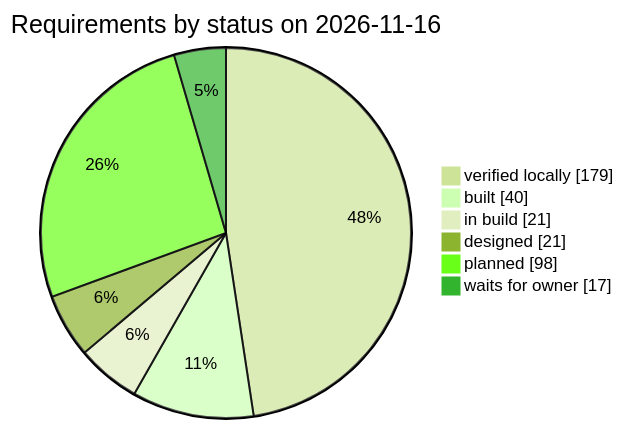
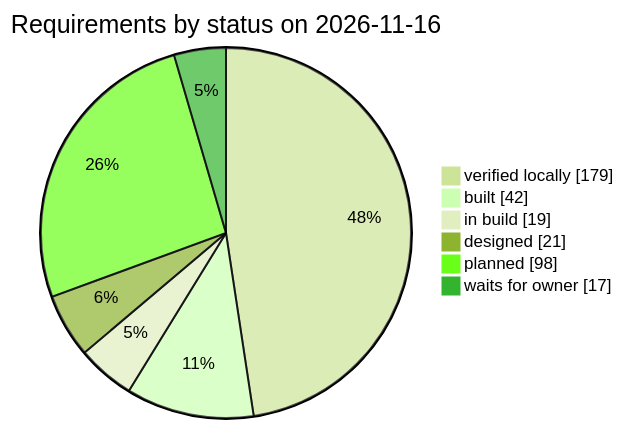
One commit to qa-io-vn/fnb-manager changed the third of 3 diagrams in docs/requirements.md. Above: the diagram before and after it, drawn with Mermaid (forest theme). The commit also changed other lines of this file and 60 other files, not shown here.

````diff
--- a/docs/requirements.md
+++ b/docs/requirements.md
@@ -982,10 +982,10 @@
 ```mermaid
 pie showData
     title Requirements by status on 2026-11-16
     "verified locally" : 179
-    "built" : 40
-    "in build" : 21
+    "built" : 42
+    "in build" : 19
     "designed" : 21
     "planned" : 98
     "waits for owner" : 17
 ```
````
